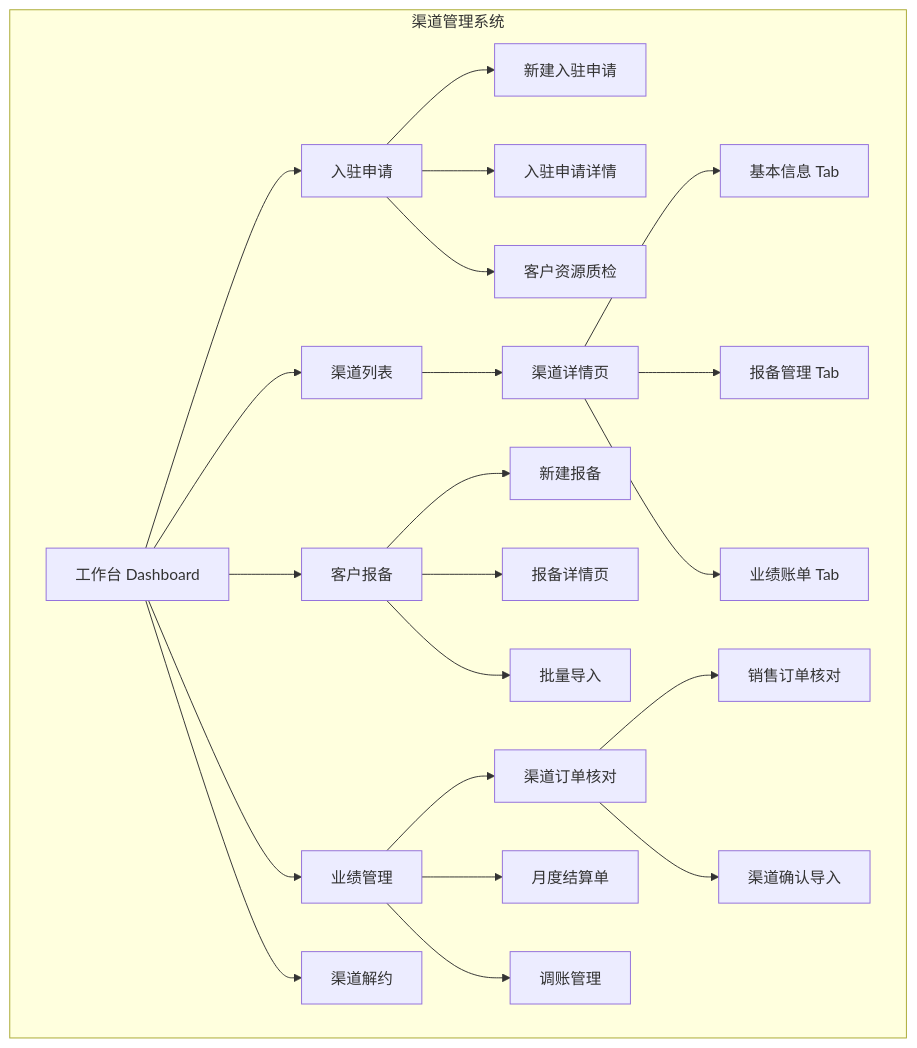
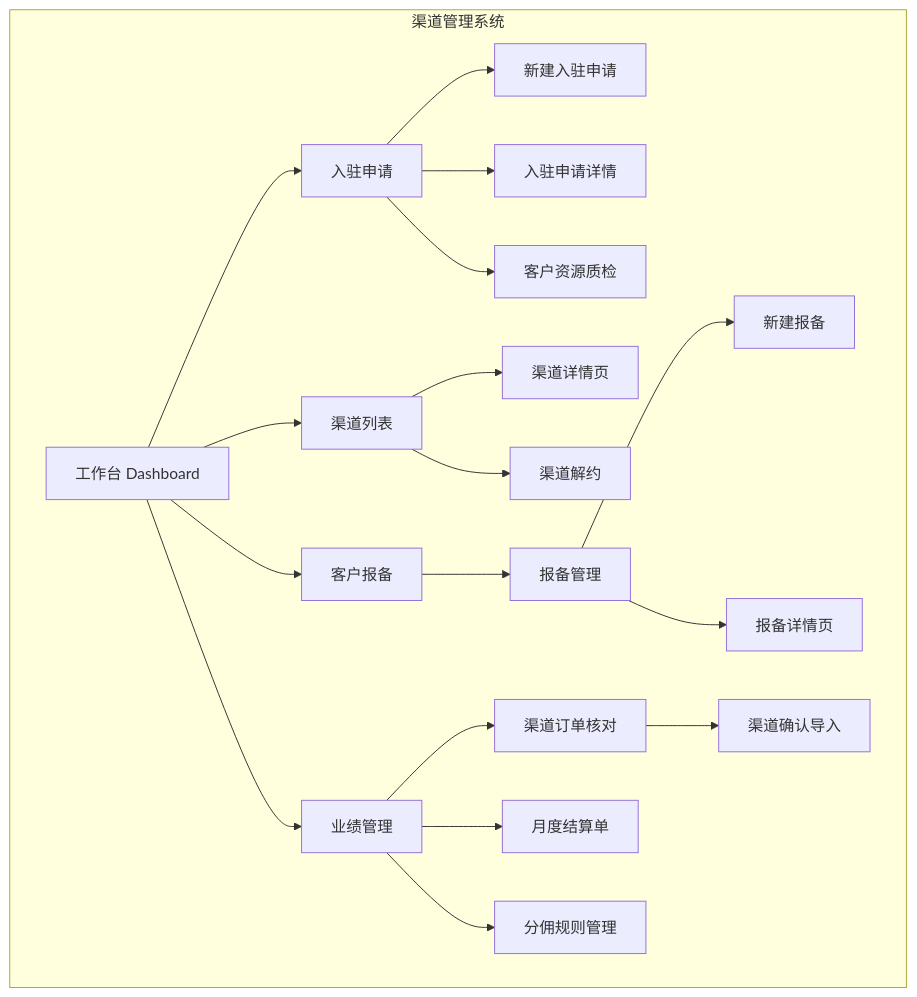
One commit to njwander/channel-demo changed the first of 17 diagrams in docs/渠道管理系统-PRD.md. Above: the diagram before and after it, drawn with Mermaid. The commit also changed other lines of this file and 23 other files, not shown here.

````diff
--- a/docs/渠道管理系统-PRD.md
+++ b/docs/渠道管理系统-PRD.md
@@ -38,29 +39,25 @@
 ```mermaid
 graph TD
     subgraph 渠道管理系统
         A[工作台 Dashboard] --> B[入驻申请]
         A --> C[渠道列表]
         A --> D[客户报备]
         A --> F[业绩管理]
-        A --> G[渠道解约]
         
         B --> B1[新建入驻申请]
         B --> B2[入驻申请详情]
         B --> B3[客户资源质检]
         
         C --> C1[渠道详情页]
-        C1 --> C1a[基本信息 Tab]
-        C1 --> C1b[报备管理 Tab]
-        C1 --> C1c[业绩账单 Tab]
+        C --> C2[渠道解约]
         
-        D --> D1[新建报备]
-        D --> D2[报备详情页]
-        D --> D3[批量导入]
+        D --> D1[报备管理]
+        D1 --> D1a[新建报备]
+        D1 --> D1b[报备详情页]
         
         F --> F1[渠道订单核对]
-        F1 --> F1a[销售订单核对]
         F1 --> F1b[渠道确认导入]
         F --> F2[月度结算单]
-        F --> F3[调账管理]
+        F --> F4[分佣规则管理]
     end
 ```
````
